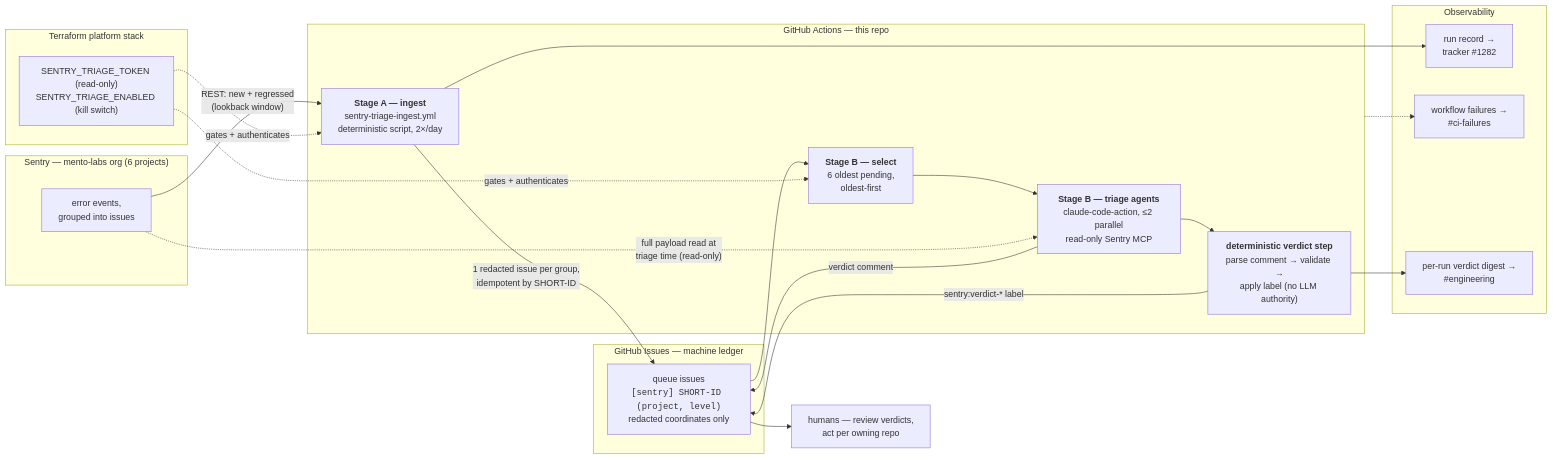
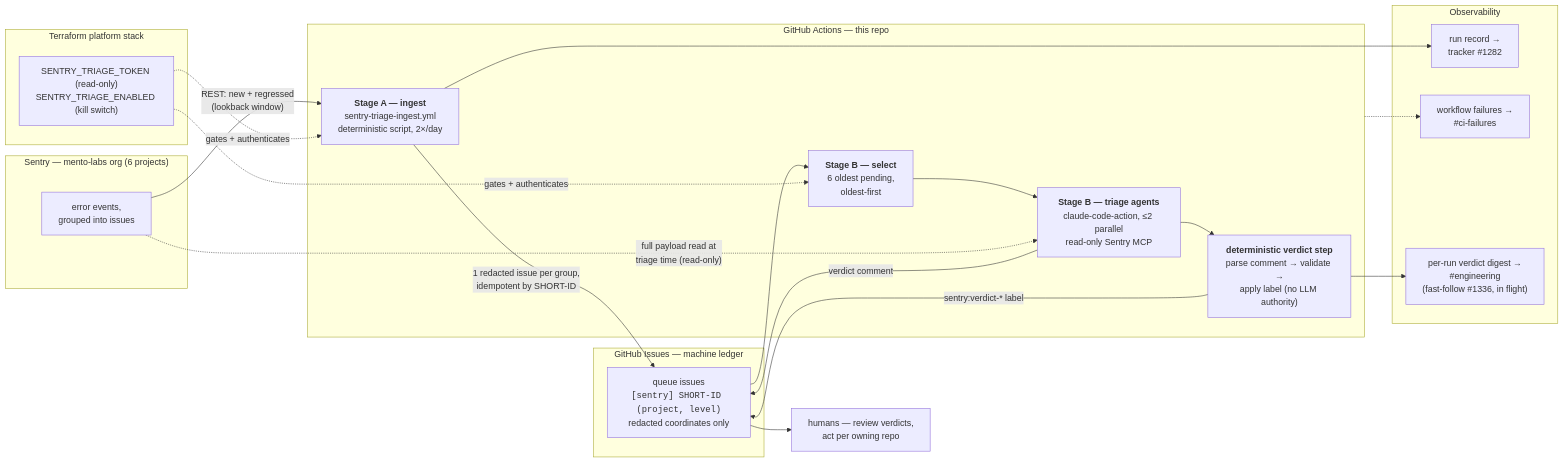
Before and after one commit to mento-protocol/monitoring-monorepo: the first of 2 diagrams in docs/notes/sentry-triage-pipeline.md, drawn with Mermaid. The commit also changed other lines of this file, not shown here.

First line of the commit message:
docs: mark digest as in-flight fast-follow; split config-fix route

````diff
--- a/docs/notes/sentry-triage-pipeline.md
+++ b/docs/notes/sentry-triage-pipeline.md
@@ -32,42 +32,42 @@
 ```mermaid
 flowchart LR
     subgraph SENTRY["Sentry — mento-labs org (6 projects)"]
         SE["error events,<br/>grouped into issues"]
     end
 
     subgraph GHA["GitHub Actions — this repo"]
         ING["<b>Stage A — ingest</b><br/>sentry-triage-ingest.yml<br/>deterministic script, 2×/day"]
         SEL["<b>Stage B — select</b><br/>6 oldest pending,<br/>oldest-first"]
         AGT["<b>Stage B — triage agents</b><br/>claude-code-action, ≤2 parallel<br/>read-only Sentry MCP"]
         LBL["<b>deterministic verdict step</b><br/>parse comment → validate →<br/>apply label (no LLM authority)"]
     end
 
     subgraph QUEUE["GitHub Issues — machine ledger"]
         QI["queue issues<br/><code>[sentry] SHORT-ID (project, level)</code><br/>redacted coordinates only"]
     end
 
     subgraph TF["Terraform platform stack"]
         SEC["SENTRY_TRIAGE_TOKEN (read-only)<br/>SENTRY_TRIAGE_ENABLED (kill switch)"]
     end
 
     subgraph OBS["Observability"]
         TRK["run record →<br/>tracker #1282"]
         CIF["workflow failures →<br/>#ci-failures"]
-        ENG["per-run verdict digest →<br/>#engineering"]
+        ENG["per-run verdict digest →<br/>#engineering<br/>(fast-follow #1336, in flight)"]
     end
 
     HUM["humans — review verdicts,<br/>act per owning repo"]
 
     SE -- "REST: new + regressed<br/>(lookback window)" --> ING
     ING -- "1 redacted issue per group,<br/>idempotent by SHORT-ID" --> QI
     QI --> SEL --> AGT
     SE -. "full payload read at<br/>triage time (read-only)" .-> AGT
     AGT -- "verdict comment" --> QI
     LBL -- "sentry:verdict-* label" --> QI
     AGT --> LBL
     SEC -. "gates + authenticates" .-> ING & SEL
     ING --> TRK
     GHA -.-> CIF
     LBL --> ENG
     QI --> HUM
 ```
````
